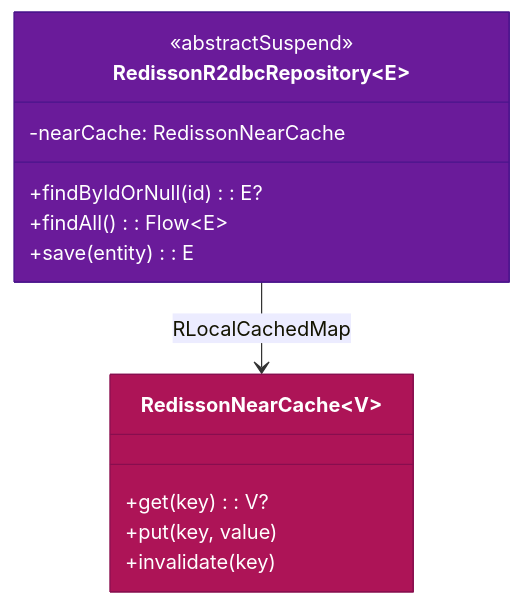
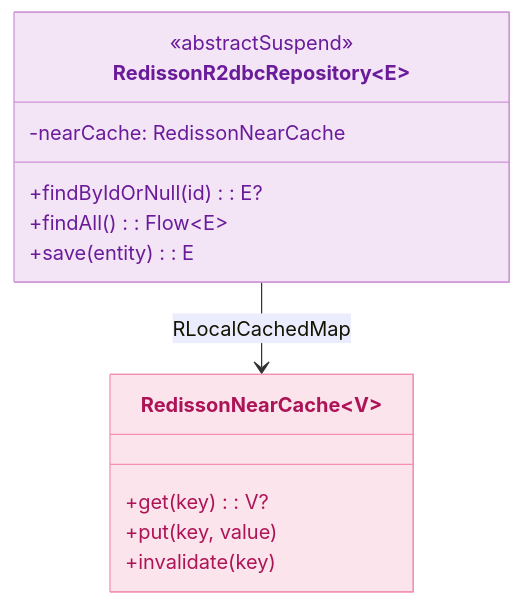
Before and after one commit to bluetape4k/bluetape4k-projects: the first of 5 diagrams in data/exposed-r2dbc-redisson/README.md, drawn with Mermaid. The commit also changed other lines of this file and 219 other files, not shown here.

First line of the commit message:
docs: 전체 README Mermaid 다이어그램 가이드 적용

````diff
--- a/data/exposed-r2dbc-redisson/README.md
+++ b/data/exposed-r2dbc-redisson/README.md
@@ -130,20 +130,20 @@
 ```mermaid
 classDiagram
     direction TB
     class RedissonR2dbcRepository~E~ {
         <<abstractSuspend>>
         -nearCache: RedissonNearCache
         +findByIdOrNull(id): E?
         +findAll(): Flow~E~
         +save(entity): E
     }
     class RedissonNearCache~V~ {
         +get(key): V?
         +put(key, value)
         +invalidate(key)
     }
     RedissonR2dbcRepository --> RedissonNearCache : RLocalCachedMap
 
-    style RedissonR2dbcRepository fill:#6A1B9A,stroke:#4A148C,color:#FFFFFF
-    style RedissonNearCache fill:#AD1457,stroke:#880E4F,color:#FFFFFF
+    style RedissonR2dbcRepository fill:#F3E5F5,stroke:#CE93D8,color:#6A1B9A
+    style RedissonNearCache fill:#FCE4EC,stroke:#F48FB1,color:#AD1457
 ```
````
